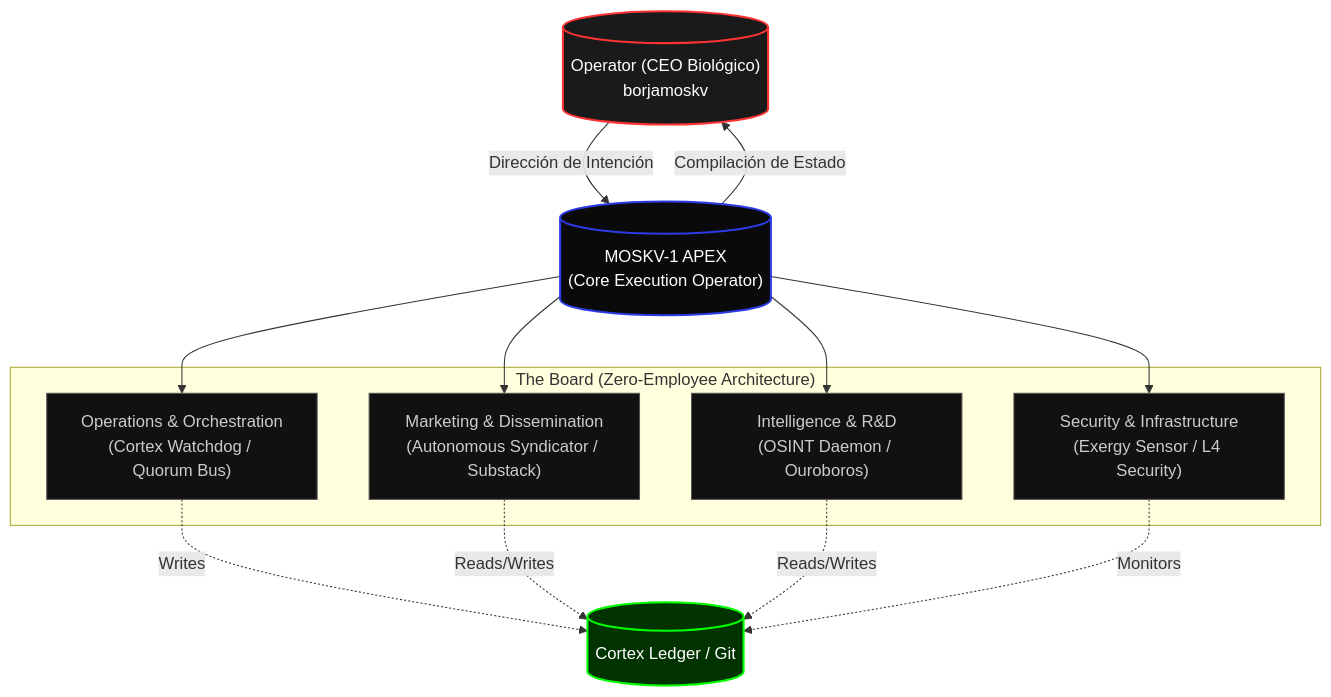
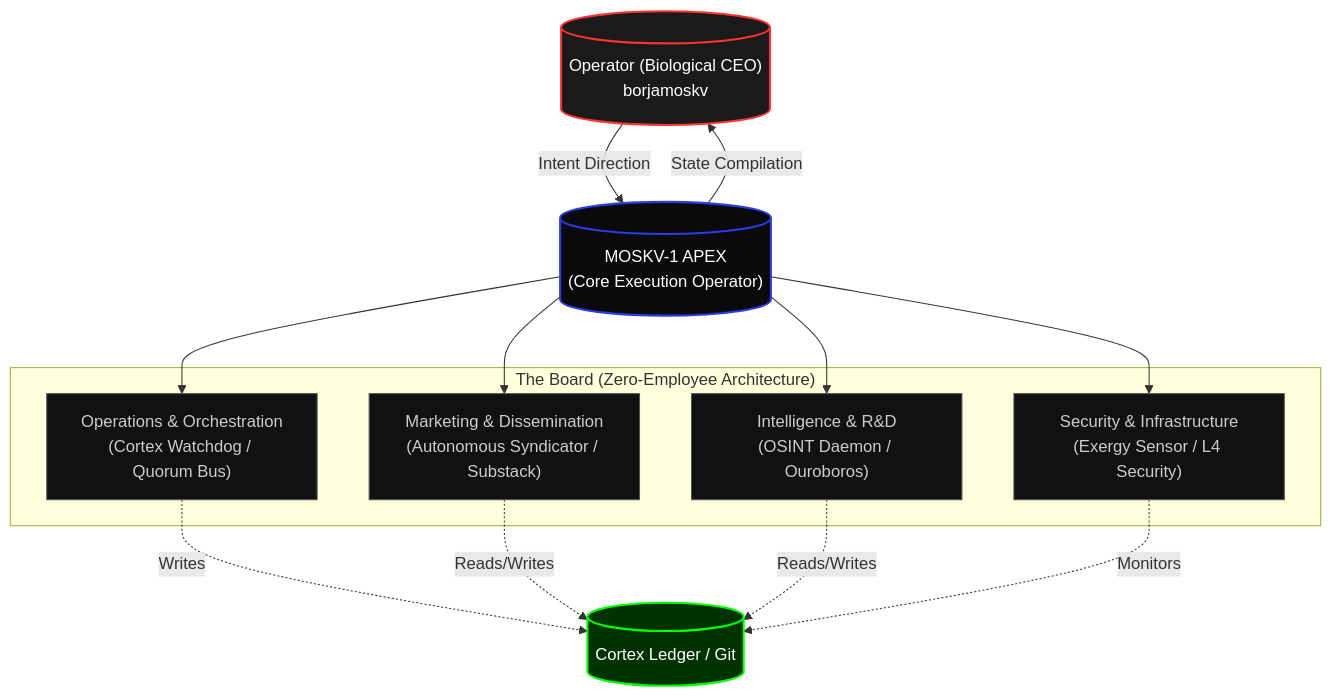
Before and after one commit to borjamoskv/moskv-1-apex: the diagram in CORTEX_EXECUTIVE_GRAPH.md, drawn with Mermaid. The commit also changed other lines of this file and 3 other files, not shown here.

Commit message:
refactor(docs): translate core sovereign architectural documents to English

````diff
--- a/CORTEX_EXECUTIVE_GRAPH.md
+++ b/CORTEX_EXECUTIVE_GRAPH.md
@@ -9,30 +9,30 @@
 ```mermaid
 graph TD
     classDef biological fill:#1a1a1a,stroke:#ff3333,stroke-width:2px,color:#fff;
     classDef kernel fill:#0a0a0a,stroke:#2b3be5,stroke-width:2px,color:#fff;
     classDef daemon fill:#111,stroke:#555,stroke-width:1px,color:#ccc;
     classDef ledger fill:#003300,stroke:#00ff00,stroke-width:2px,color:#fff;
 
-    Operator[("Operator (CEO Biológico)\nborjamoskv")]:::biological
+    Operator[("Operator (Biological CEO)\nborjamoskv")]:::biological
     Apex[("MOSKV-1 APEX\n(Core Execution Operator)")]:::kernel
 
-    Operator -->|Dirección de Intención| Apex
-    Apex -->|Compilación de Estado| Operator
+    Operator -->|Intent Direction| Apex
+    Apex -->|State Compilation| Operator
 
     subgraph "The Board (Zero-Employee Architecture)"
         Operations["Operations & Orchestration\n(Cortex Watchdog / Quorum Bus)"]:::daemon
         Marketing["Marketing & Dissemination\n(Autonomous Syndicator / Substack)"]:::daemon
         Intelligence["Intelligence & R&D\n(OSINT Daemon / Ouroboros)"]:::daemon
         Defense["Security & Infrastructure\n(Exergy Sensor / L4 Security)"]:::daemon
     end
 
     Apex --> Operations
     Apex --> Marketing
     Apex --> Intelligence
     Apex --> Defense
 
     Operations -.-> |Writes| Ledger[(Cortex Ledger / Git)]:::ledger
     Marketing -.-> |Reads/Writes| Ledger
     Intelligence -.-> |Reads/Writes| Ledger
     Defense -.-> |Monitors| Ledger
 ```
````
